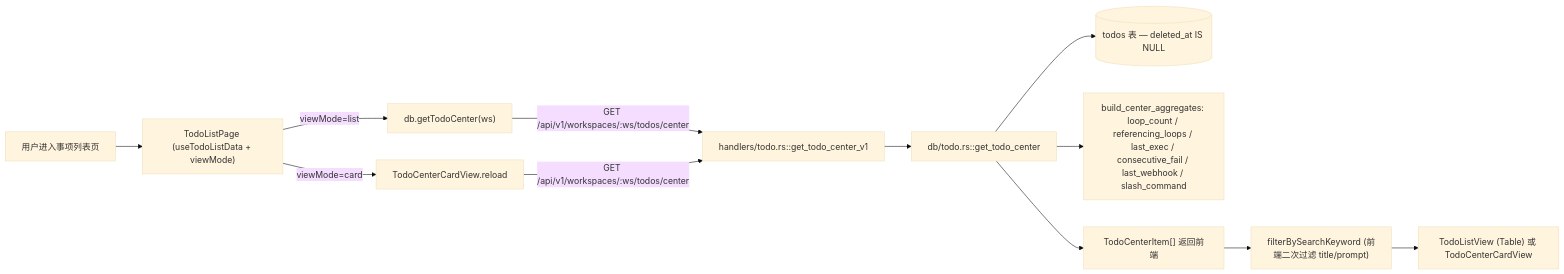
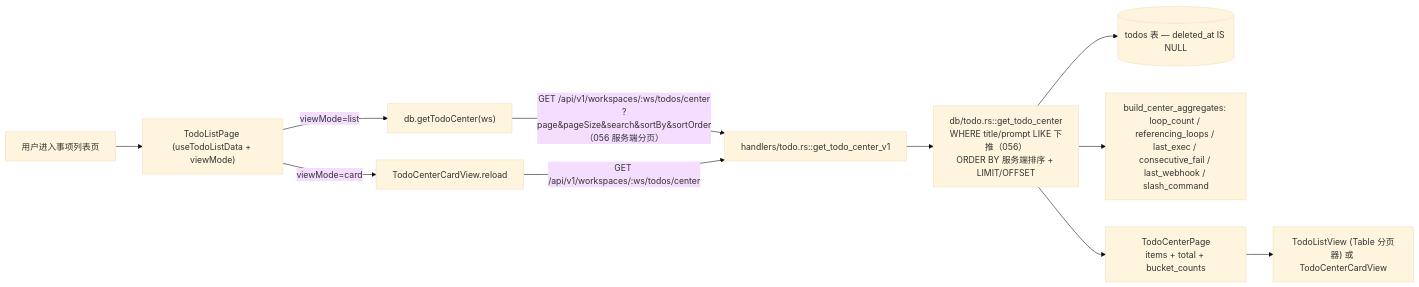
Before and after one commit to weibaohui/ntd: the diagram in frontend/src/help/pages/todos-list.md, drawn with Mermaid (base theme). The commit also changed other lines of this file and 12 other files, not shown here.

````diff
--- a/frontend/src/help/pages/todos-list.md
+++ b/frontend/src/help/pages/todos-list.md
@@ -11,14 +13,13 @@
 ```mermaid
 flowchart LR
   U[用户进入事项列表页] --> Page["TodoListPage (useTodoListData + viewMode)"]
   Page -->|viewMode=list| FE["db.getTodoCenter(ws)"]
   Page -->|viewMode=card| Card["TodoCenterCardView.reload"]
-  FE -->|GET /api/v1/workspaces/:ws/todos/center| H1["handlers/todo.rs::get_todo_center_v1"]
+  FE -->|"GET /api/v1/workspaces/:ws/todos/center<br/>?page&pageSize&search&sortBy&sortOrder（056 服务端分页）"| H1["handlers/todo.rs::get_todo_center_v1"]
   Card -->|GET /api/v1/workspaces/:ws/todos/center| H1
-  H1 --> DAO["db/todo.rs::get_todo_center"]
+  H1 --> DAO["db/todo.rs::get_todo_center<br/>WHERE title/prompt LIKE 下推（056）<br/>ORDER BY 服务端排序 + LIMIT/OFFSET"]
   DAO --> T[(todos 表 — deleted_at IS NULL)]
   DAO --> Agg["build_center_aggregates: loop_count / referencing_loops / last_exec / consecutive_fail / last_webhook / slash_command"]
-  DAO --> ITEM["TodoCenterItem[] 返回前端"]
-  ITEM --> Filter["filterBySearchKeyword (前端二次过滤 title/prompt)"]
-  Filter --> UI["TodoListView (Table) 或 TodoCenterCardView"]
+  DAO --> PAGE["TodoCenterPage<br/>items + total + bucket_counts"]
+  PAGE --> UI["TodoListView (Table 分页器) 或 TodoCenterCardView"]
 ```
````
